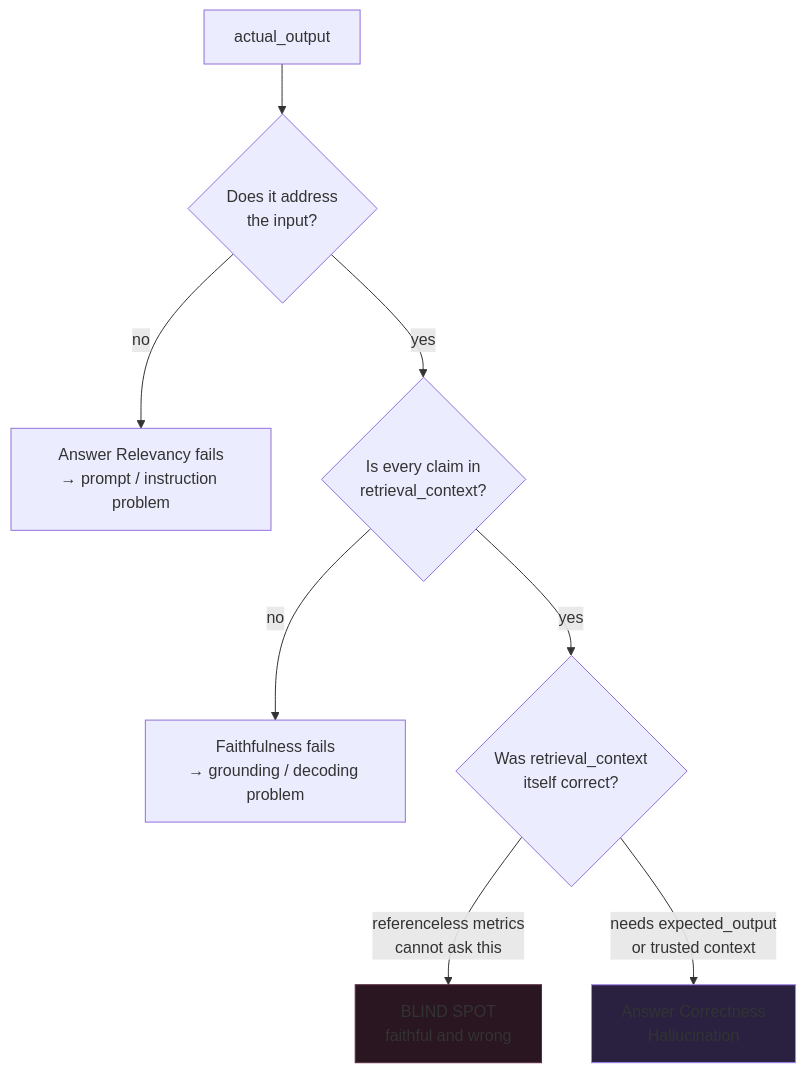
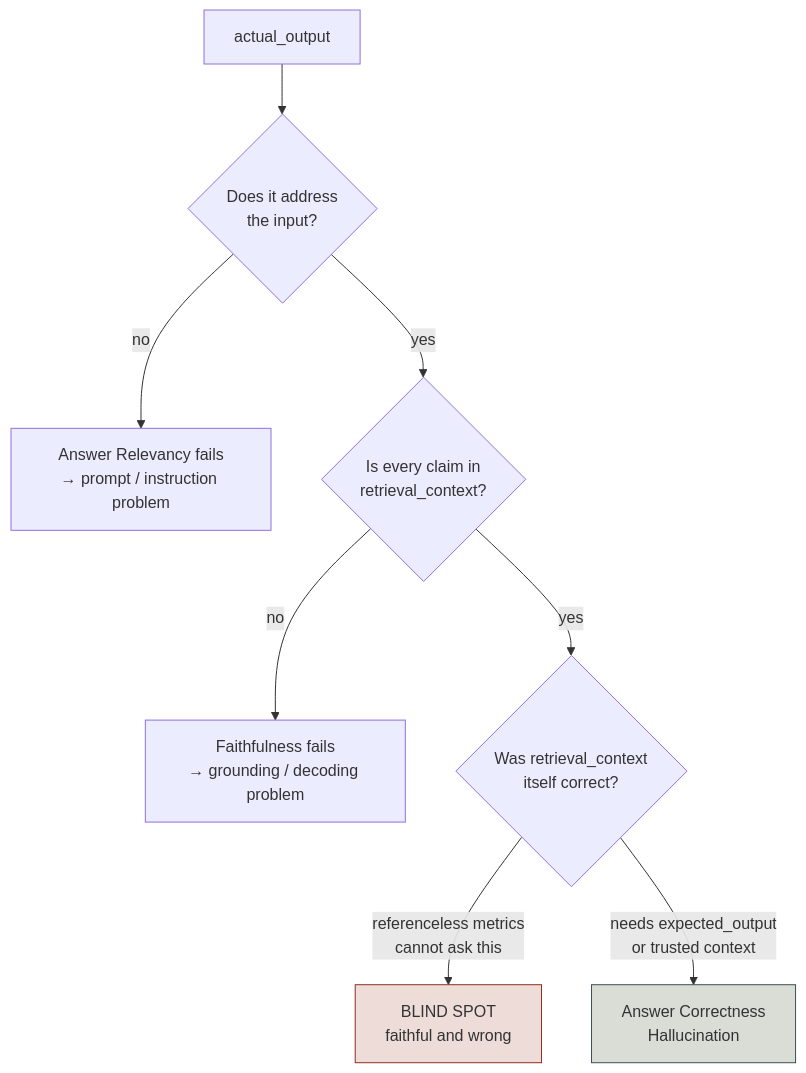
One commit to Sourav692/Agent_Evaluation_Demystified changed the third of 5 diagrams in docs/concepts/rag-agent-tool-evaluation.md. Above: the diagram before and after it, drawn with Mermaid. The commit also changed other lines of this file and 17 other files, not shown here.

````diff
--- a/docs/concepts/rag-agent-tool-evaluation.md
+++ b/docs/concepts/rag-agent-tool-evaluation.md
@@ -805,13 +805,13 @@
 ```mermaid
 flowchart TD
     A["actual_output"] --> Q1{"Does it address<br/>the input?"}
     Q1 -->|no| AR["Answer Relevancy fails<br/>→ prompt / instruction problem"]
     Q1 -->|yes| Q2{"Is every claim in<br/>retrieval_context?"}
     Q2 -->|no| FA["Faithfulness fails<br/>→ grounding / decoding problem"]
     Q2 -->|yes| Q3{"Was retrieval_context<br/>itself correct?"}
     Q3 -->|"referenceless metrics<br/>cannot ask this"| BLIND["BLIND SPOT<br/>faithful and wrong"]
     Q3 -->|"needs expected_output<br/>or trusted context"| AC["Answer Correctness<br/>Hallucination"]
 
-    style BLIND fill:#2a1620,stroke:#5c2b40
-    style AC fill:#2a2140,stroke:#a487f5
+    style BLIND fill:#EDDCD8,stroke:#8C2F22
+    style AC fill:#DADCD6,stroke:#3C4E51
 ```
````
